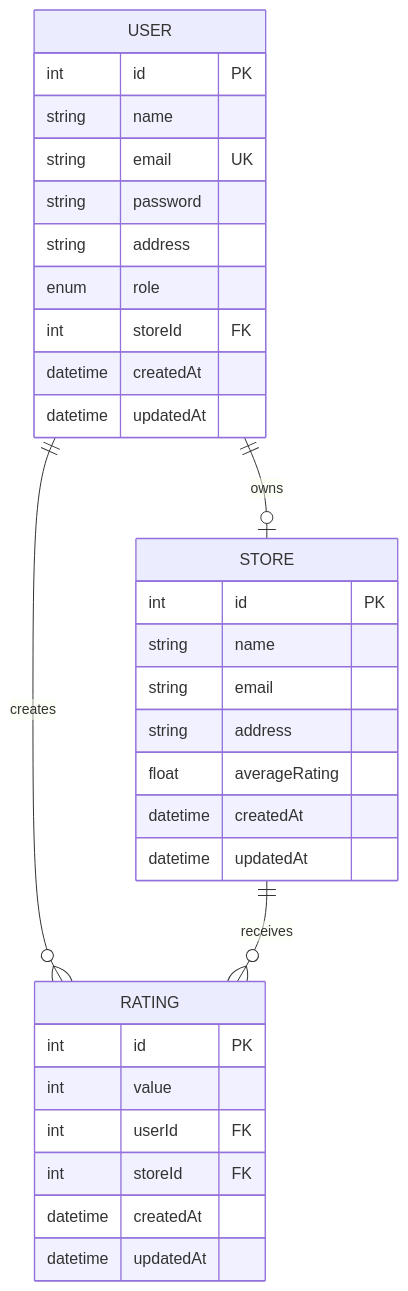
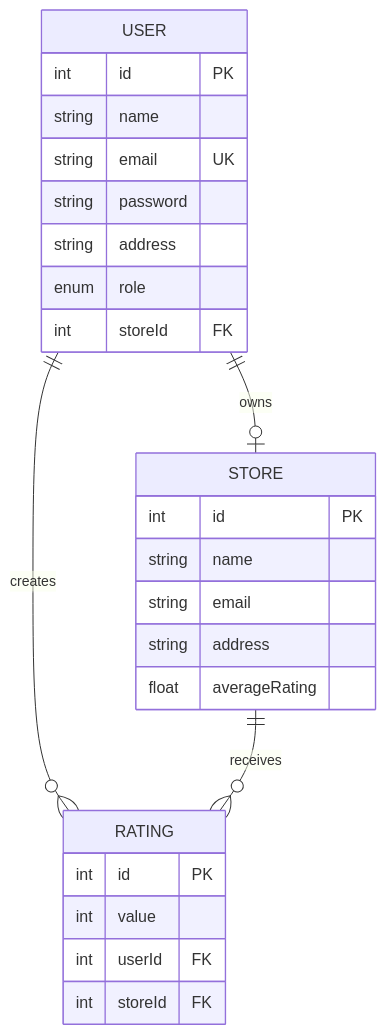
One commit to rushikeshxdev/store-rating-platform changed the second of 2 diagrams in README.md. Above: the diagram before and after it, drawn with Mermaid. The commit also changed other lines of this file, not shown here.

````diff
--- a/README.md
+++ b/README.md
@@ -212,37 +85,31 @@
 ```mermaid
 erDiagram
     USER ||--o{ RATING : creates
     STORE ||--o{ RATING : receives
     USER ||--o| STORE : owns
     
     USER {
         int id PK
         string name
         string email UK
         string password
         string address
         enum role
         int storeId FK
-        datetime createdAt
-        datetime updatedAt
     }
     
     STORE {
         int id PK
         string name
         string email
         string address
         float averageRating
-        datetime createdAt
-        datetime updatedAt
     }
     
     RATING {
         int id PK
         int value
         int userId FK
         int storeId FK
-        datetime createdAt
-        datetime updatedAt
     }
 ```
````
